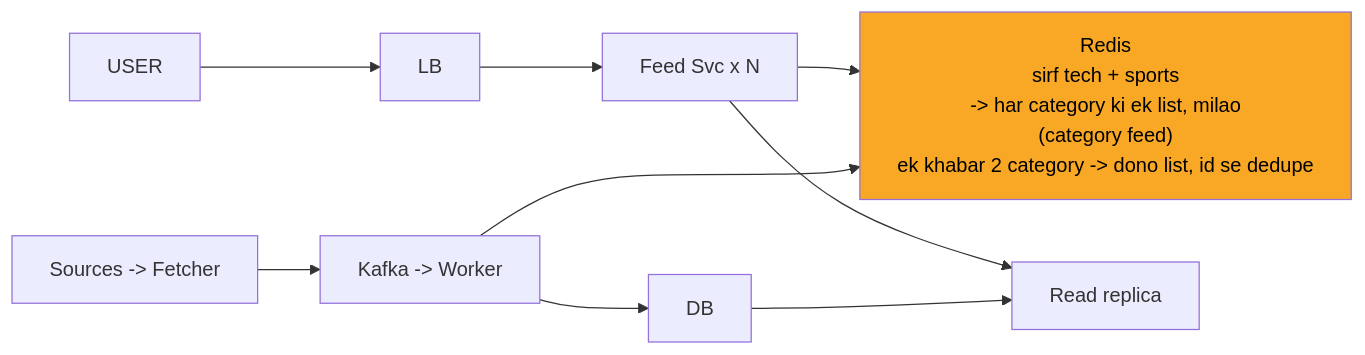
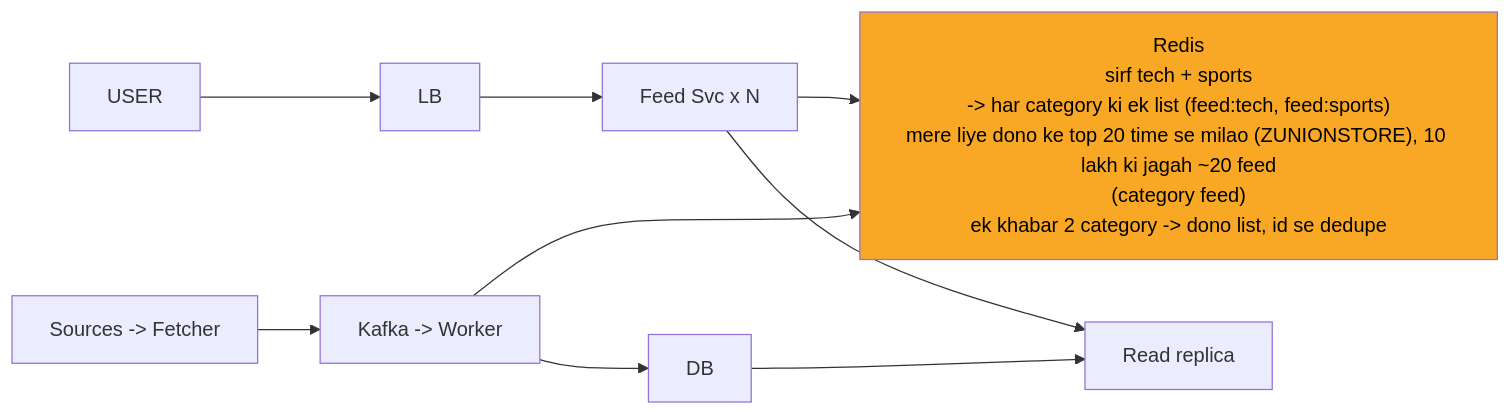
The seventh of 11 diagrams in 04_HLD/SYSTEM_DESIGNS/08_news_aggregator/08_news_aggregator_INTERVIEW.md (ArpanMaheshwari144/Prep), drawn with Mermaid before and after one commit. The commit also changed other lines of this file and 13 other files, not shown here.

````diff
--- a/04_HLD/SYSTEM_DESIGNS/08_news_aggregator/08_news_aggregator_INTERVIEW.md
+++ b/04_HLD/SYSTEM_DESIGNS/08_news_aggregator/08_news_aggregator_INTERVIEW.md
@@ -271,21 +274,21 @@
 ```mermaid
 %%{init: {"flowchart": {"wrappingWidth": 450}}}%%
 flowchart LR
     n_USER["USER"]
     n_LB["LB"]
     n_Feed_Svc_xN["Feed Svc x N"]
-    n_Redis["Redis<br/>sirf tech + sports<br/>-> har category ki ek list, milao<br/>(category feed)<br/>ek khabar 2 category -> dono list, id se dedupe"]
+    n_Redis["Redis<br/>sirf tech + sports<br/>-> har category ki ek list (feed:tech, feed:sports)<br/>mere liye dono ke top 20 time se milao (ZUNIONSTORE), 10 lakh ki jagah ~20 feed<br/>(category feed)<br/>ek khabar 2 category -> dono list, id se dedupe"]
     n_Read_replica["Read replica"]
     n_DB["DB"]
     n_KW["Kafka -> Worker"]
     n_SF["Sources -> Fetcher"]
     n_USER --> n_LB
     n_LB --> n_Feed_Svc_xN
     n_Feed_Svc_xN --> n_Redis
     n_Feed_Svc_xN --> n_Read_replica
     n_DB --> n_Read_replica
     n_KW --> n_DB
     n_KW --> n_Redis
     n_SF --> n_KW
     style n_Redis fill:#f9a825,color:#000
 ```
````
